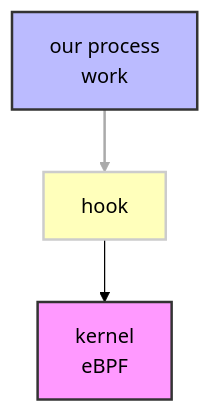
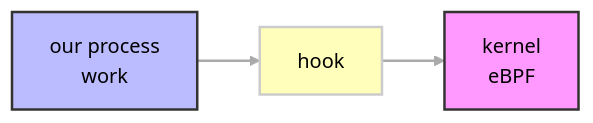
One commit to hannahkm/fosdem-2026 changed the second of 4 diagrams in presentation.md. Above: the diagram before and after it, drawn with Mermaid (forest theme). The commit also changed other lines of this file, not shown here.

````diff
--- a/presentation.md
+++ b/presentation.md
@@ -436,13 +432,13 @@
 ```mermaid
-graph TB
+graph LR
     kernel[kernel<br/>eBPF]
     process[our process<br/>work]
     hook[hook]
 
     process --> hook --> kernel
 
     style kernel fill:#f9f,stroke:#333,stroke-width:2px
     style hook fill:#ffb,stroke:#ccc,stroke-width:2px
     style process fill:#bbf,stroke:#333,stroke-width:2px
-    linkStyle 0 stroke:#aaa,stroke-width:2px
+    linkStyle default stroke:#aaa,stroke-width:2px
 ```
````
